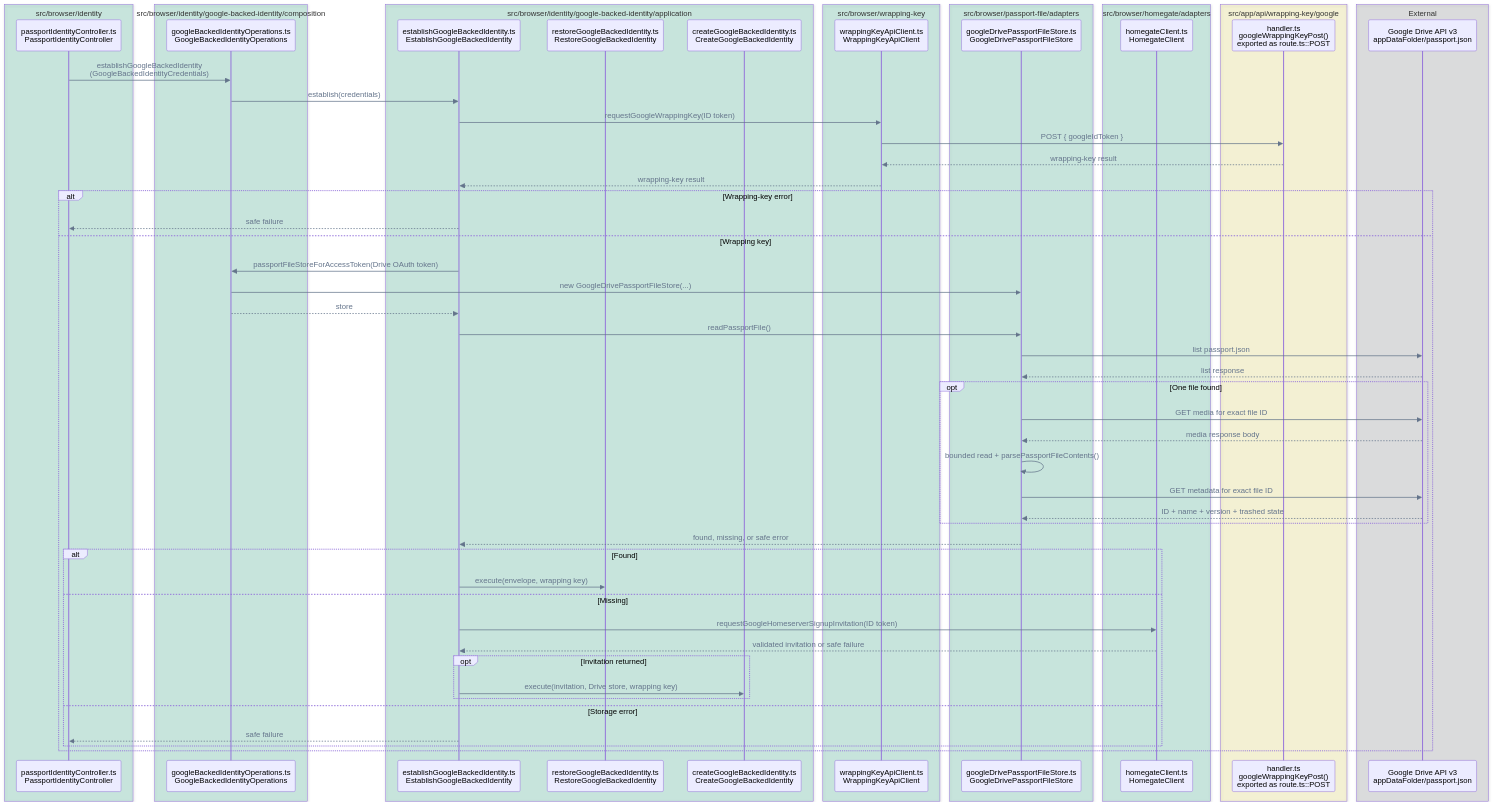
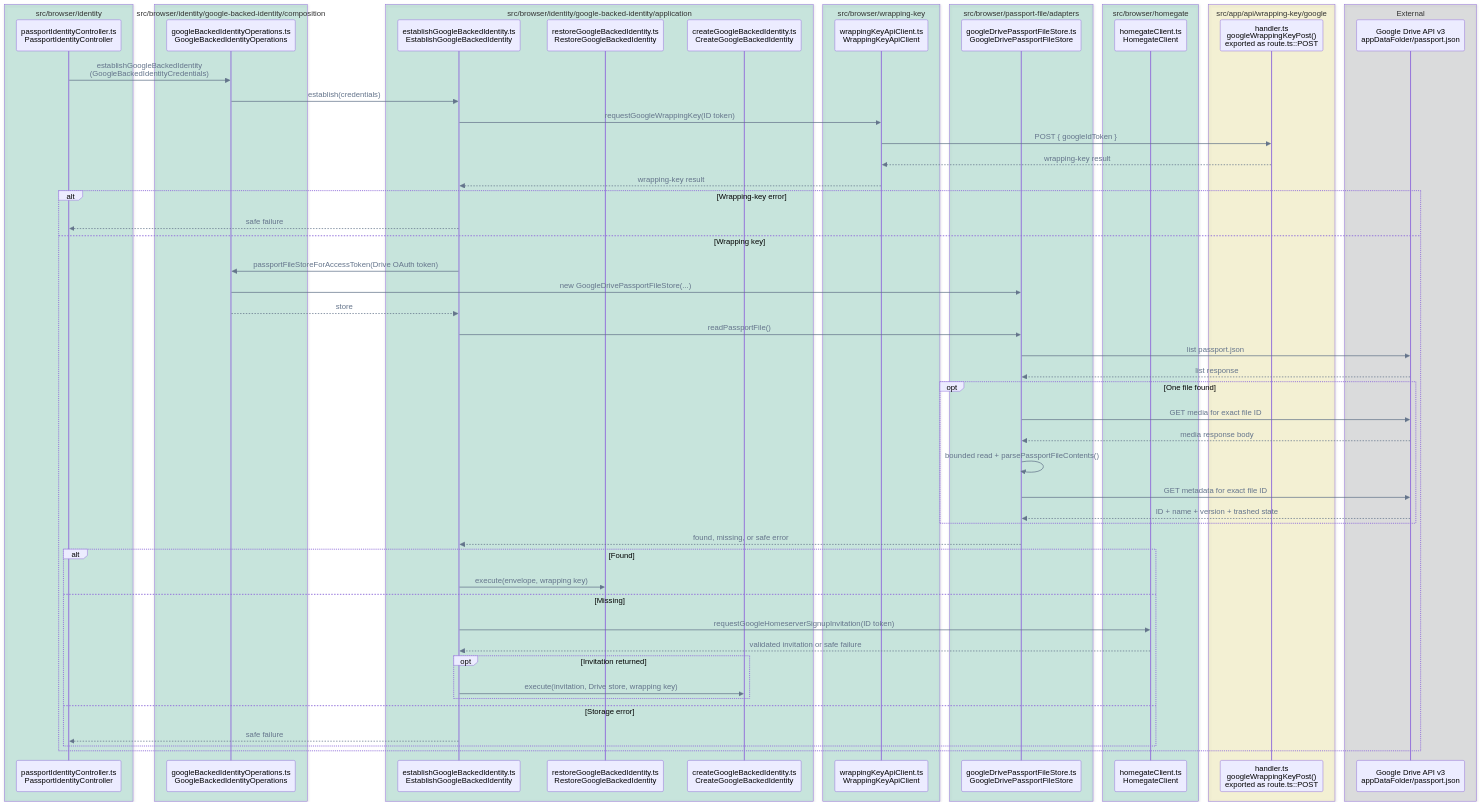
One commit to pubky/pubky-passport changed the eighth of 14 diagrams in FLOWS.md. Above: the diagram before and after it, drawn with Mermaid. The commit also changed other lines of this file and 11 other files, not shown here.

````diff
--- a/FLOWS.md
+++ b/FLOWS.md
@@ -383,68 +383,68 @@
 ```mermaid
 %%{init: {"themeVariables": {"signalColor": "#64748B", "signalTextColor": "#64748B"}}}%%
 sequenceDiagram
     accTitle: Google-backed custody/recovery establishment call flow
     accDescr: GoogleBackedIdentityOperations requests a wrapping key, reads the Google Drive Passport file, and dispatches a found file to restore or requests a Homegate invitation before creating a missing identity, without passing the wrapping key to Drive storage.
     box rgba(0, 158, 115, 0.18) src/browser/identity
         participant Controller as passportIdentityController.ts<br/>PassportIdentityController
     end
     box rgba(0, 158, 115, 0.18) src/browser/identity/google-backed-identity/composition
         participant Operations as googleBackedIdentityOperations.ts<br/>GoogleBackedIdentityOperations
     end
     box rgba(0, 158, 115, 0.18) src/browser/identity/google-backed-identity/application
         participant Establish as establishGoogleBackedIdentity.ts<br/>EstablishGoogleBackedIdentity
         participant Restore as restoreGoogleBackedIdentity.ts<br/>RestoreGoogleBackedIdentity
         participant Creator as createGoogleBackedIdentity.ts<br/>CreateGoogleBackedIdentity
     end
     box rgba(0, 158, 115, 0.18) src/browser/wrapping-key
         participant Wrapping as wrappingKeyApiClient.ts<br/>WrappingKeyApiClient
     end
     box rgba(0, 158, 115, 0.18) src/browser/passport-file/adapters
         participant DriveStore as googleDrivePassportFileStore.ts<br/>GoogleDrivePassportFileStore
     end
-    box rgba(0, 158, 115, 0.18) src/browser/homegate/adapters
+    box rgba(0, 158, 115, 0.18) src/browser/homegate
         participant Invite as homegateClient.ts<br/>HomegateClient
     end
     box rgba(240, 228, 66, 0.18) src/app/api/wrapping-key/google
         participant API as handler.ts<br/>googleWrappingKeyPost()<br/>exported as route.ts::POST
     end
     box rgba(17, 24, 39, 0.12) External
         participant Drive as Google Drive API v3<br/>appDataFolder/passport.json
     end
 
     Controller->>Operations: establishGoogleBackedIdentity<br/>(GoogleBackedIdentityCredentials)
     Operations->>Establish: establish(credentials)
     Establish->>Wrapping: requestGoogleWrappingKey(ID token)
     Wrapping->>API: POST { googleIdToken }
     API-->>Wrapping: wrapping-key result
     Wrapping-->>Establish: wrapping-key result
     alt Wrapping-key error
         Establish-->>Controller: safe failure
     else Wrapping key
         Establish->>Operations: passportFileStoreForAccessToken(Drive OAuth token)
         Operations->>DriveStore: new GoogleDrivePassportFileStore(...)
         Operations-->>Establish: store
         Establish->>DriveStore: readPassportFile()
         DriveStore->>Drive: list passport.json
         Drive-->>DriveStore: list response
         opt One file found
             DriveStore->>Drive: GET media for exact file ID
             Drive-->>DriveStore: media response body
             DriveStore->>DriveStore: bounded read + parsePassportFileContents()
             DriveStore->>Drive: GET metadata for exact file ID
             Drive-->>DriveStore: ID + name + version + trashed state
         end
         DriveStore-->>Establish: found, missing, or safe error
         alt Found
             Establish->>Restore: execute(envelope, wrapping key)
         else Missing
             Establish->>Invite: requestGoogleHomeserverSignupInvitation(ID token)
             Invite-->>Establish: validated invitation or safe failure
             opt Invitation returned
                 Establish->>Creator: execute(invitation, Drive store, wrapping key)
             end
         else Storage error
             Establish-->>Controller: safe failure
         end
     end
 ```
````
